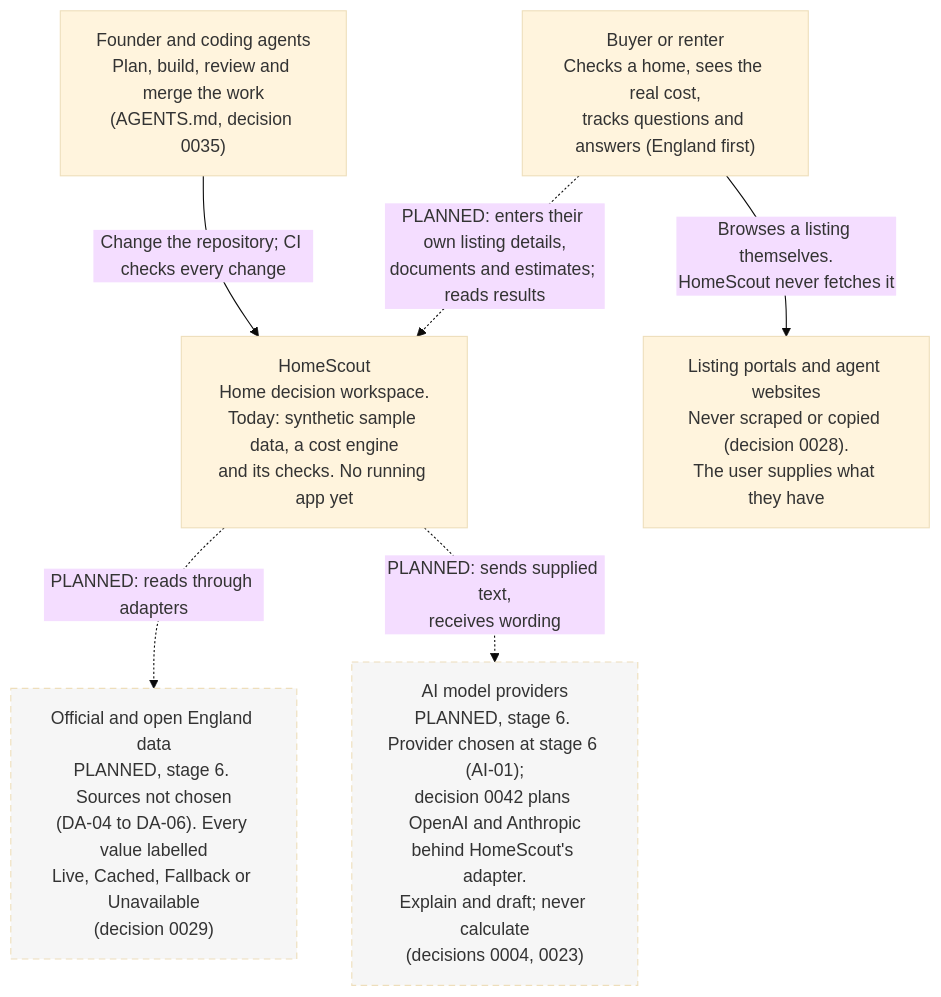
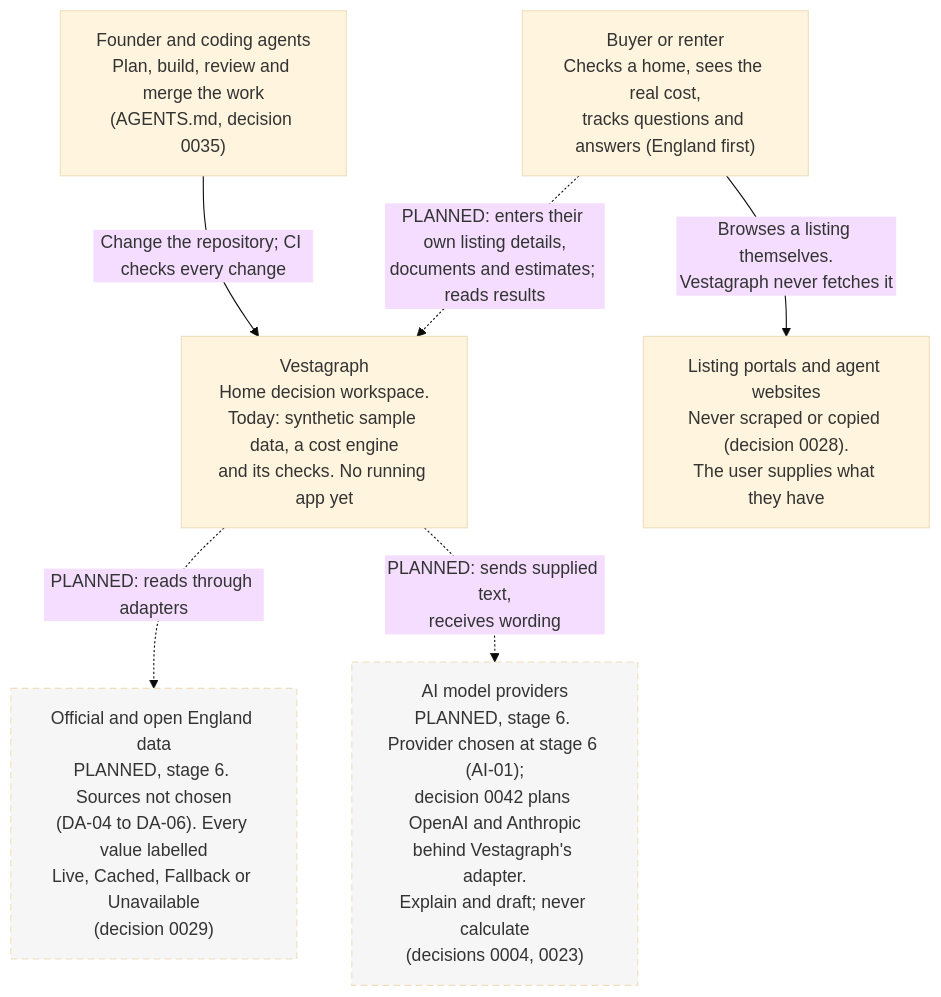
The first of 2 diagrams in docs/architecture/README.md (olaheavy-dev/homescout-platform), drawn with Mermaid (base theme) before and after one commit. The commit also changed other lines of this file and 195 other files, not shown here.

First line of the commit message:
chore: rename HomeScout to Vestagraph — decision 0044 (public name) (#149)

````diff
--- a/docs/architecture/README.md
+++ b/docs/architecture/README.md
@@ -15,20 +15,20 @@
 ```mermaid
 flowchart TB
     user["Buyer or renter<br/>Checks a home, sees the real cost,<br/>tracks questions and answers (England first)"]
     builders["Founder and coding agents<br/>Plan, build, review and merge the work<br/>(AGENTS.md, decision 0035)"]
 
-    homescout["HomeScout<br/>Home decision workspace.<br/>Today: synthetic sample data, a cost engine<br/>and its checks. No running app yet"]
+    vestagraph["Vestagraph<br/>Home decision workspace.<br/>Today: synthetic sample data, a cost engine<br/>and its checks. No running app yet"]
 
     data["Official and open England data<br/>PLANNED, stage 6. Sources not chosen<br/>(DA-04 to DA-06). Every value labelled<br/>Live, Cached, Fallback or Unavailable<br/>(decision 0029)"]
-    models["AI model providers<br/>PLANNED, stage 6. Provider chosen at stage 6 (AI-01);<br/>decision 0042 plans OpenAI and Anthropic<br/>behind HomeScout's adapter.<br/>Explain and draft; never calculate<br/>(decisions 0004, 0023)"]
+    models["AI model providers<br/>PLANNED, stage 6. Provider chosen at stage 6 (AI-01);<br/>decision 0042 plans OpenAI and Anthropic<br/>behind Vestagraph's adapter.<br/>Explain and draft; never calculate<br/>(decisions 0004, 0023)"]
     portals["Listing portals and agent websites<br/>Never scraped or copied (decision 0028).<br/>The user supplies what they have"]
 
-    user -.->|"PLANNED: enters their own listing details,<br/>documents and estimates; reads results"| homescout
-    builders -->|"Change the repository; CI checks every change"| homescout
-    homescout -.->|"PLANNED: reads through adapters"| data
-    homescout -.->|"PLANNED: sends supplied text,<br/>receives wording"| models
-    user -->|"Browses a listing themselves.<br/>HomeScout never fetches it"| portals
+    user -.->|"PLANNED: enters their own listing details,<br/>documents and estimates; reads results"| vestagraph
+    builders -->|"Change the repository; CI checks every change"| vestagraph
+    vestagraph -.->|"PLANNED: reads through adapters"| data
+    vestagraph -.->|"PLANNED: sends supplied text,<br/>receives wording"| models
+    user -->|"Browses a listing themselves.<br/>Vestagraph never fetches it"| portals
 
     classDef planned stroke-dasharray: 6 4,fill:#f6f6f6,color:#333
     class data,models planned
 ```
````
